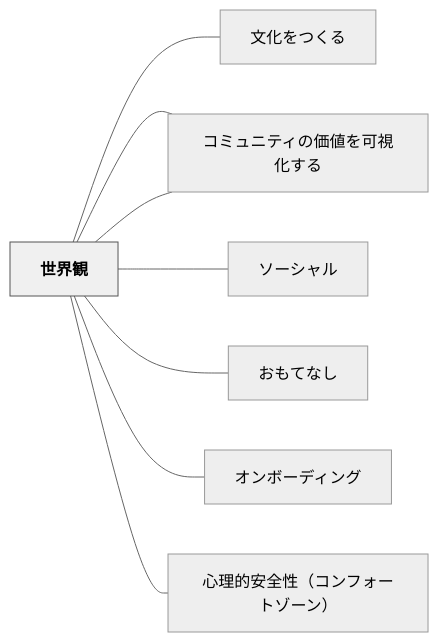
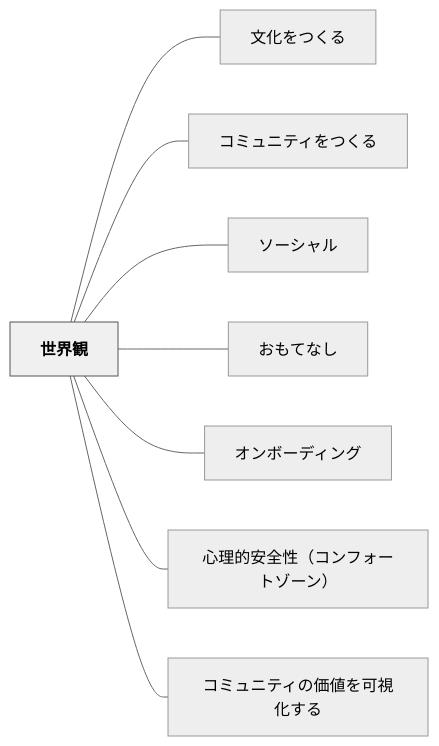
The diagram in content/パタン/世界観.md (unknownthings-ed-patterns/unknownthings-ed-patterns), drawn with Mermaid (neutral theme) before and after one commit. The commit also changed 527 other files, not shown here.

````diff
--- a/content/パタン/世界観.md
+++ b/content/パタン/世界観.md
@@ -130,22 +130,22 @@
 ```mermaid
 flowchart LR
-    ne4b896e7958c["世界観"]
-    ne69687e58c96["文化をつくる"]
-    ne382b3e3839f["コミュニティをつくる"]
-    ne382bde383bc["ソーシャル"]
-    ne3818ae38282["おもてなし"]
-    ne382aae383b3["オンボーディング"]
-    ne5bf83e79086["心理的安全性（コンフォートゾーン）"]
-    ne382b3e3839f["コミュニティの価値を可視化する"]
+    ne4b896e7958ce8a6b3["世界観"]
+    ne69687e58c96e38292e381a4e3818fe3828b["文化をつくる"]
+    ne382b3e3839fe383a5e3838be38386e382a3e38292e381a4e3818fe3828b["コミュニティをつくる"]
+    ne382bde383bce382b7e383a3e383ab["ソーシャル"]
+    ne3818ae38282e381a6e381aae38197["おもてなし"]
+    ne382aae383b3e3839ce383bce38387e382a3e383b3e382b0["オンボーディング"]
+    ne5bf83e79086e79a84e5ae89e585a8e680a7efbc88e382b3e383b3e38395e382a9e383bce38388e382bee383bce383b3efbc89["心理的安全性（コンフォートゾーン）"]
+    ne382b3e3839fe383a5e3838be38386e382a3e381aee4bea1e580a4e38292e58fafe8a696e58c96e38199e3828b["コミュニティの価値を可視化する"]
 
-    ne4b896e7958c --- ne69687e58c96
-    ne4b896e7958c --- ne382b3e3839f
-    ne4b896e7958c --- ne382bde383bc
-    ne4b896e7958c --- ne3818ae38282
-    ne4b896e7958c --- ne382aae383b3
-    ne4b896e7958c --- ne5bf83e79086
-    ne4b896e7958c --- ne382b3e3839f
+    ne4b896e7958ce8a6b3 --- ne69687e58c96e38292e381a4e3818fe3828b
+    ne4b896e7958ce8a6b3 --- ne382b3e3839fe383a5e3838be38386e382a3e38292e381a4e3818fe3828b
+    ne4b896e7958ce8a6b3 --- ne382bde383bce382b7e383a3e383ab
+    ne4b896e7958ce8a6b3 --- ne3818ae38282e381a6e381aae38197
+    ne4b896e7958ce8a6b3 --- ne382aae383b3e3839ce383bce38387e382a3e383b3e382b0
+    ne4b896e7958ce8a6b3 --- ne5bf83e79086e79a84e5ae89e585a8e680a7efbc88e382b3e383b3e38395e382a9e383bce38388e382bee383bce383b3efbc89
+    ne4b896e7958ce8a6b3 --- ne382b3e3839fe383a5e3838be38386e382a3e381aee4bea1e580a4e38292e58fafe8a696e58c96e38199e3828b
 
     classDef hub fill:#f0f0f0,stroke:#555,color:#000,font-weight:bold
-    class ne4b896e7958c hub
+    class ne4b896e7958ce8a6b3 hub
 ```
````
